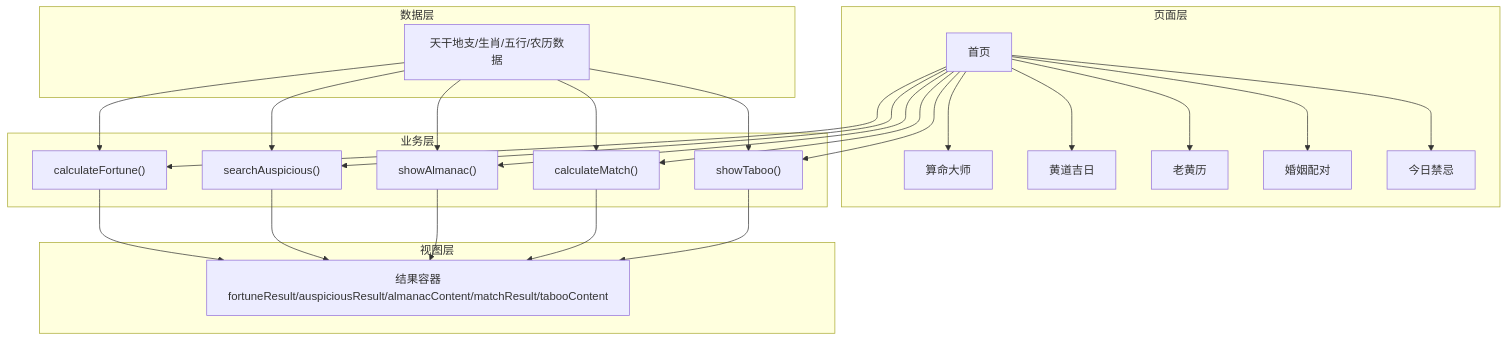
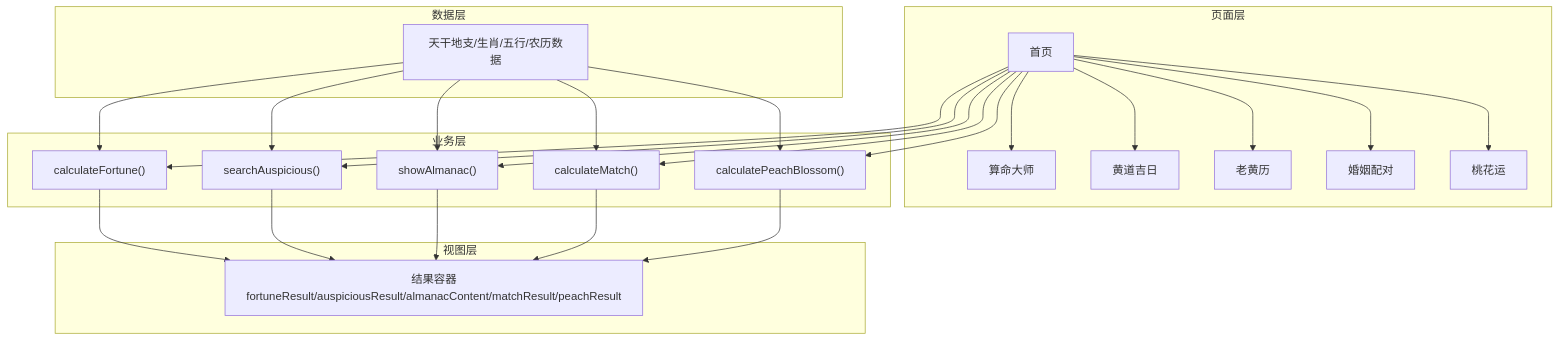
Before and after one commit to liudaba/Mysterious-Fate-Theory-One-Test-Knows: the second of 9 diagrams in .qoder/repowiki/zh/content/网页应用主文件.md, drawn with Mermaid. The commit also changed other lines of this file and 4 other files, not shown here.

````diff
--- a/.qoder/repowiki/zh/content/网页应用主文件.md
+++ b/.qoder/repowiki/zh/content/网页应用主文件.md
@@ -90,38 +93,38 @@
 ```mermaid
 graph TB
 subgraph "页面层"
 H["首页"] --> P1["算命大师"]
 H --> P2["黄道吉日"]
 H --> P3["老黄历"]
 H --> P4["婚姻配对"]
-H --> P5["今日禁忌"]
+H --> P5["桃花运"]
 end
 subgraph "数据层"
 D1["天干地支/生肖/五行/农历数据"]
 end
 subgraph "业务层"
 F1["calculateFortune()"]
 F2["searchAuspicious()"]
 F3["showAlmanac()"]
 F4["calculateMatch()"]
-F5["showTaboo()"]
+F5["calculatePeachBlossom()"]
 end
 subgraph "视图层"
-V1["结果容器<br/>fortuneResult/auspiciousResult/almanacContent/matchResult/tabooContent"]
+V1["结果容器<br/>fortuneResult/auspiciousResult/almanacContent/matchResult/peachResult"]
 end
 H --> F1
 H --> F2
 H --> F3
 H --> F4
 H --> F5
 D1 --> F1
 D1 --> F2
 D1 --> F3
 D1 --> F4
 D1 --> F5
 F1 --> V1
 F2 --> V1
 F3 --> V1
 F4 --> V1
 F5 --> V1
 ```
````
